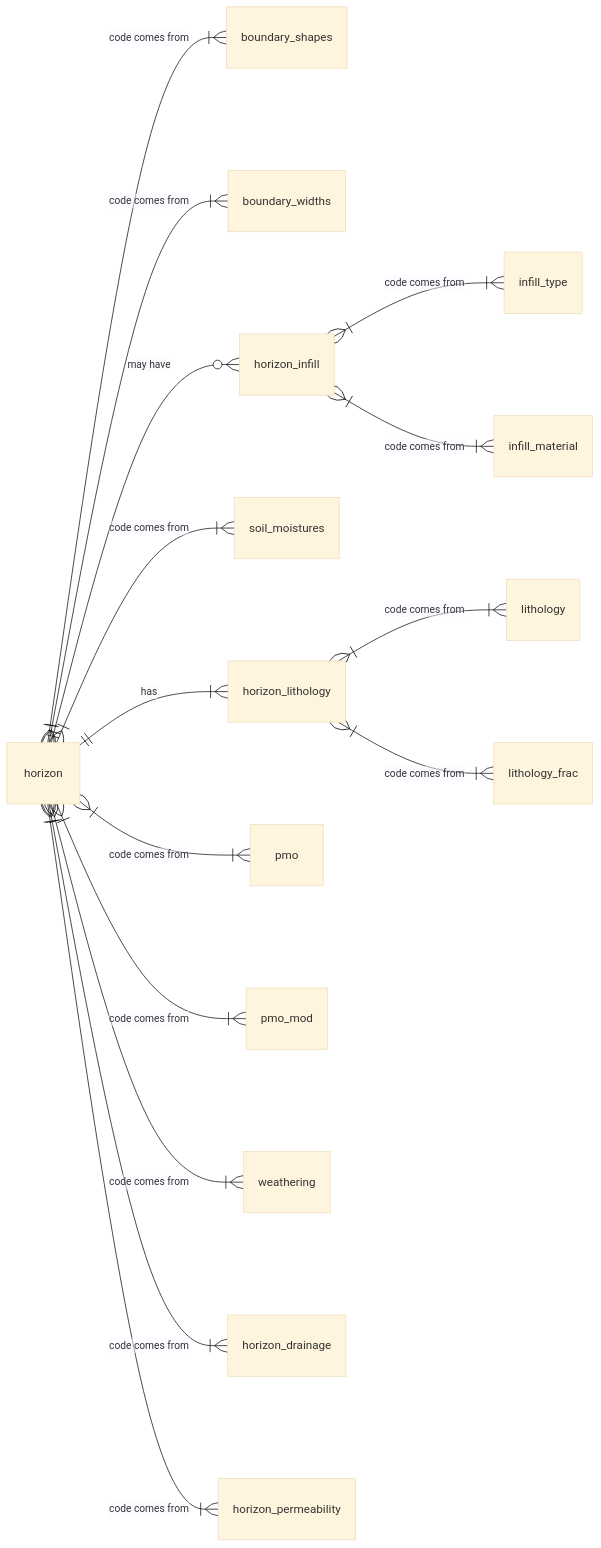
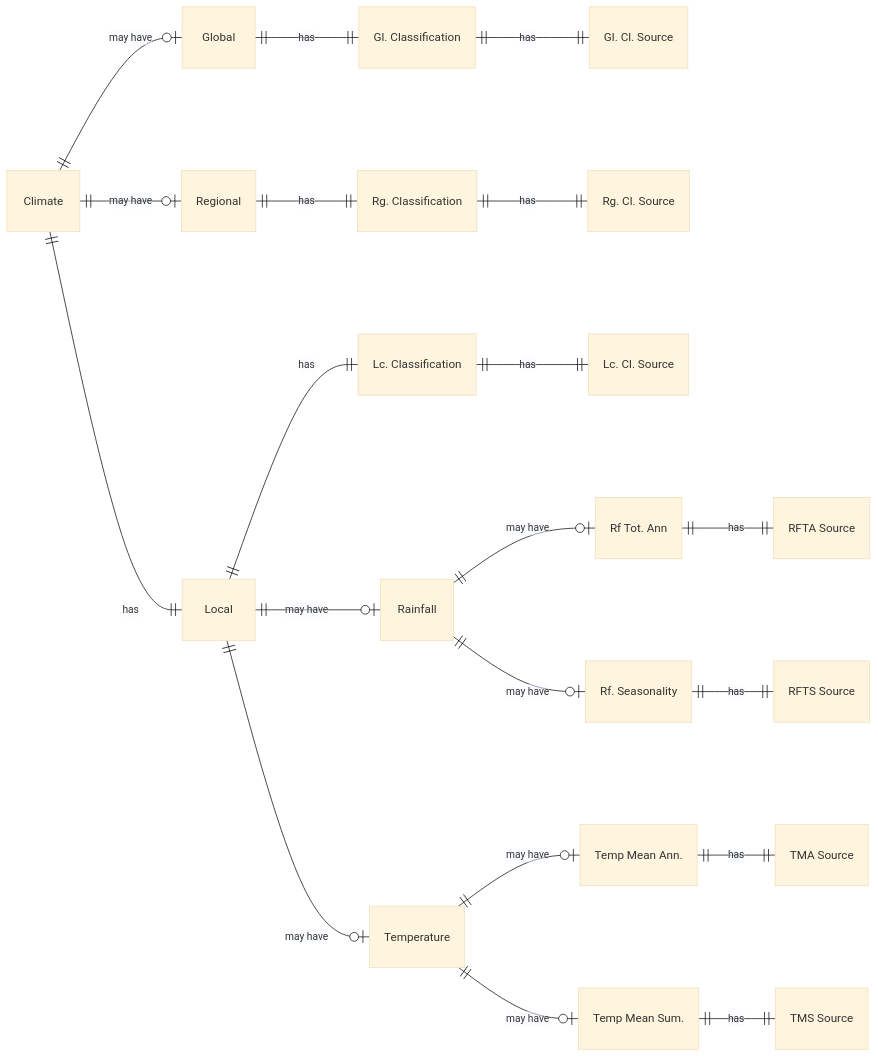
Before and after one commit to manaakiwhenua/NZ_soildesc_2024: the seventh of 19 diagrams in ap_data_model.qmd, drawn with Mermaid (base theme). The commit also changed other lines of this file, not shown here.

````diff
--- a/ap_data_model.qmd
+++ b/ap_data_model.qmd
@@ -675,22 +211,27 @@
 ```{mermaid}
-%%| label: fig-mhorizono
-%%| fig-cap: "Horizon - Overview"
+%%| label: fig-erd-set-cli
+%%| fig-cap: "Setting - Climate"
 
 erDiagram
   direction LR
-  horizon }|--|{ boundary_shapes : "code comes from"
-  horizon }|--|{ boundary_widths : "code comes from"
-  horizon ||--o{ horizon_infill : "may have"
-  horizon_infill }|--|{ infill_type : "code comes from"
-  horizon_infill }|--|{ infill_material : "code comes from"
-  horizon }|--|{ soil_moistures : "code comes from"
-  horizon ||--|{ horizon_lithology : "has"
-  horizon_lithology }|--|{ lithology : "code comes from"
-  horizon_lithology }|--|{ lithology_frac : "code comes from"
-  horizon }|--|{ pmo : "code comes from"
-  horizon }|--|{ pmo_mod : "code comes from"
-  horizon }|--|{ weathering : "code comes from"
-  horizon }|--|{ horizon_drainage : "code comes from"
-  horizon }|--|{ horizon_permeability : "code comes from"
-
+  Climate ||--o| Global : "may have"
+    Global ||--|| "Gl. Classification" : "has"
+      "Gl. Classification" ||--|| "Gl. Cl. Source" : "has"
+  Climate ||--o| Regional : "may have"
+    Regional ||--|| "Rg. Classification" : "has"
+      "Rg. Classification" ||--|| "Rg. Cl. Source" : "has"
+  Climate ||--|| Local : "has"
+    Local ||--|| "Lc. Classification" : "has"
+      "Lc. Classification" ||--|| "Lc. Cl. Source" : "has"
+    Local ||--o| Rainfall : "may have"
+      Rainfall ||--o| "Rf Tot. Ann" : "may have"
+        "Rf Tot. Ann" ||--|| "RFTA Source" : "has"
+      Rainfall ||--o| "Rf. Seasonality" : "may have"
+        "Rf. Seasonality" ||--|| "RFTS Source" : "has"
+    Local ||--o| Temperature : "may have"
+      Temperature ||--o| "Temp Mean Ann." : "may have"
+        "Temp Mean Ann." ||--|| "TMA Source" : "has"
+      Temperature ||--o| "Temp Mean Sum." : "may have"
+        "Temp Mean Sum." ||--|| "TMS Source" : "has"
+      
 ```
````
